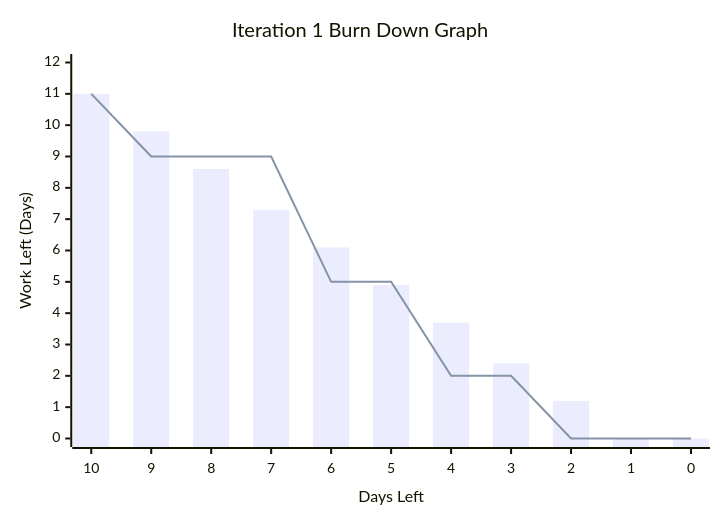
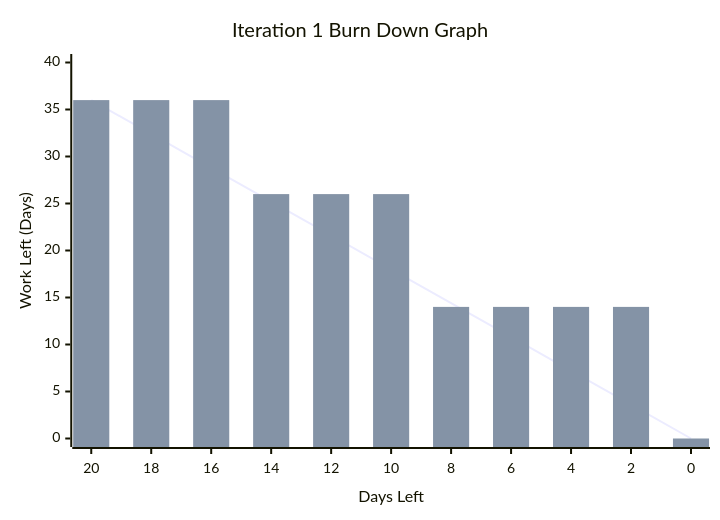
The first of 3 diagrams in README.md (Chu-Junjie/CP3407-PROJECT), drawn with Mermaid before and after one commit. The commit also changed other lines of this file, not shown here.

````diff
--- a/README.md
+++ b/README.md
@@ -73,8 +73,8 @@
 ```mermaid
 xychart-beta
     title "Iteration 1 Burn Down Graph"
-    x-axis "Days Left" [10, 9, 8, 7, 6, 5, 4, 3, 2, 1, 0]
-    y-axis "Work Left (Days)" 0 --> 12
-    bar [11, 9.8, 8.6, 7.3, 6.1, 4.9, 3.7, 2.4, 1.2, 0, 0]
-    line [11, 9, 9, 9, 5, 5, 2, 2, 0, 0, 0]
+    x-axis "Days Left" [20, 18, 16, 14, 12, 10, 8, 6, 4, 2, 0]
+    y-axis "Work Left (Days)" 0 --> 40
+    line "Ideal Trend" [36, 32.4, 28.8, 25.2, 21.6, 18.0, 14.4, 10.8, 7.2, 3.6, 0]
+    bar "Actual Remaining" [36, 36, 36, 26, 26, 26, 14, 14, 14, 14, 0]
 ```
````
